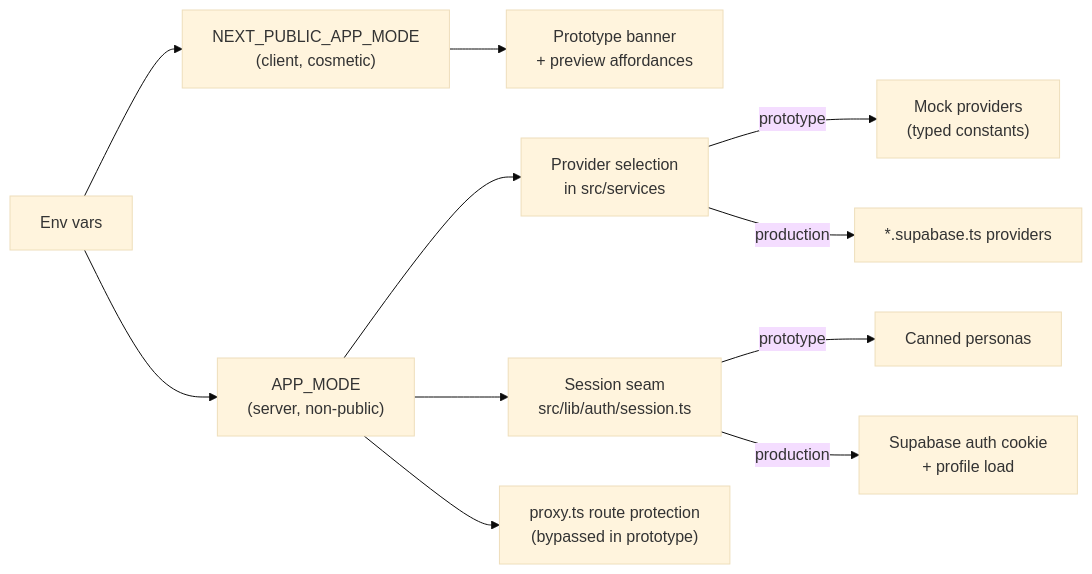
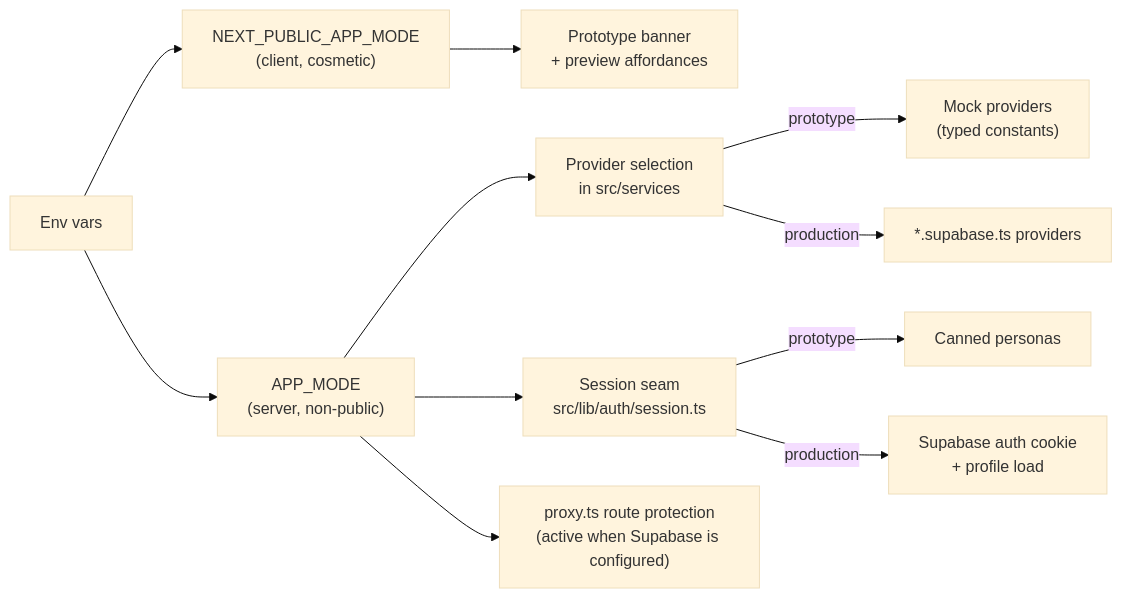
The second of 2 diagrams in docs/architecture/00-overview.md (jayjay77uk/Juice-doctor), drawn with Mermaid (base theme) before and after one commit. The commit also changed other lines of this file and 84 other files, not shown here.

````diff
--- a/docs/architecture/00-overview.md
+++ b/docs/architecture/00-overview.md
@@ -124,12 +124,12 @@
 ```mermaid
 flowchart LR
   Env["Env vars"] --> A & B
   A["NEXT_PUBLIC_APP_MODE<br/>(client, cosmetic)"] --> Banner["Prototype banner<br/>+ preview affordances"]
   B["APP_MODE<br/>(server, non-public)"] --> Sel["Provider selection<br/>in src/services"]
   Sel -->|prototype| Mock["Mock providers<br/>(typed constants)"]
   Sel -->|production| Supa["*.supabase.ts providers"]
   B --> Sess["Session seam<br/>src/lib/auth/session.ts"]
   Sess -->|prototype| Canned["Canned personas"]
   Sess -->|production| Cookie["Supabase auth cookie<br/>+ profile load"]
-  B --> Proxy["proxy.ts route protection<br/>(bypassed in prototype)"]
+  B --> Proxy["proxy.ts route protection<br/>(active when Supabase is configured)"]
 ```
````
